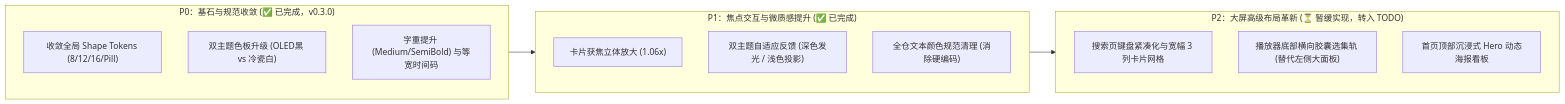
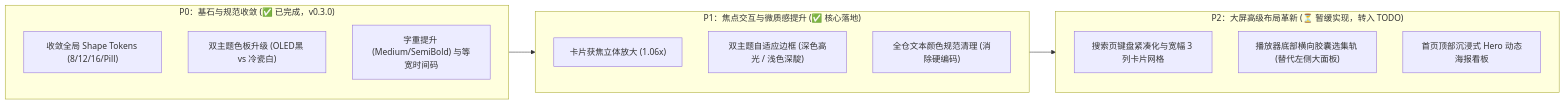
One commit to wwwtwww/BTV changed the diagram in docs/UI优化设计建议.md. Above: the diagram before and after it, drawn with Mermaid. The commit also changed other lines of this file and 1 other file, not shown here.

````diff
--- a/docs/UI优化设计建议.md
+++ b/docs/UI优化设计建议.md
@@ -118,25 +118,25 @@
 ```mermaid
 flowchart LR
     subgraph P0["P0：基石与规范收敛 (✅ 已完成，v0.3.0)"]
         direction TB
         A1["收敛全局 Shape Tokens (8/12/16/Pill)"]
         A2["双主题色板升级 (OLED黑 vs 冷瓷白)"]
         A3["字重提升 (Medium/SemiBold) 与等宽时间码"]
     end
 
-    subgraph P1["P1：焦点交互与微质感提升 (✅ 已完成)"]
+    subgraph P1["P1：焦点交互与微质感提升 (✅ 核心落地)"]
         direction TB
         B1["卡片获焦立体放大 (1.06x)"]
-        B2["双主题自适应反馈 (深色发光 / 浅色投影)"]
+        B2["双主题自适应边框 (深色高光 / 浅色深靛)"]
         B3["全仓文本颜色规范清理 (消除硬编码)"]
     end
 
     subgraph P2["P2：大屏高级布局革新 (⏳ 暂缓实现，转入 TODO)"]
         direction TB
         C1["搜索页键盘紧凑化与宽幅 3 列卡片网格"]
         C2["播放器底部横向胶囊选集轨 (替代左侧大面板)"]
         C3["首页顶部沉浸式 Hero 动态海报看板"]
     end
 
     P0 --> P1 --> P2
 ```
````
